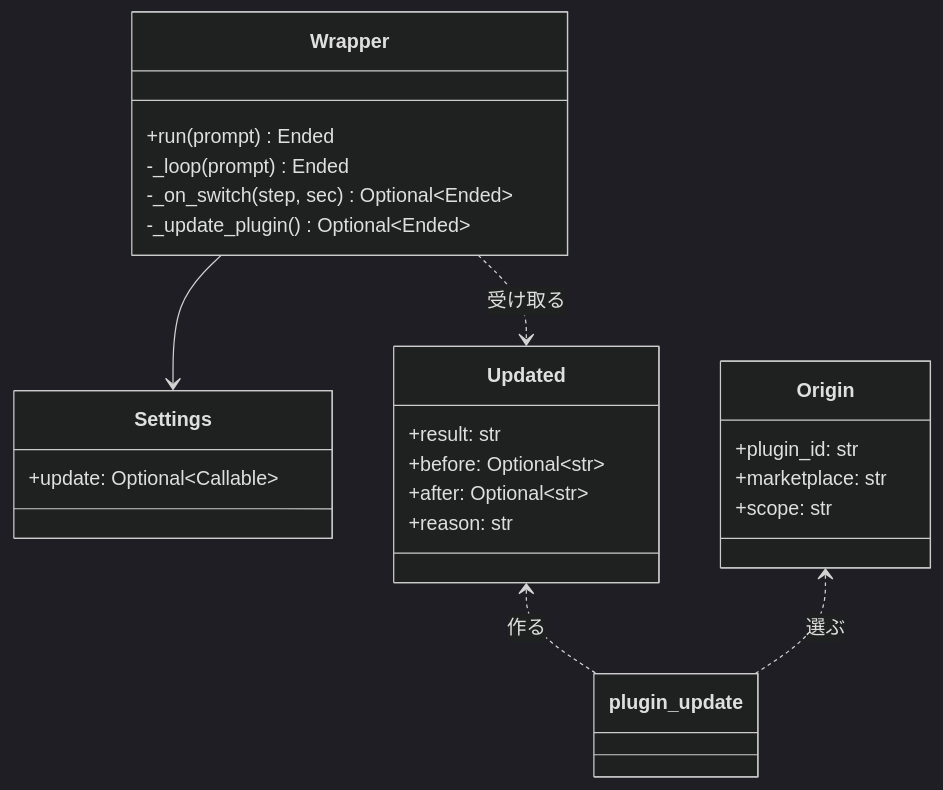
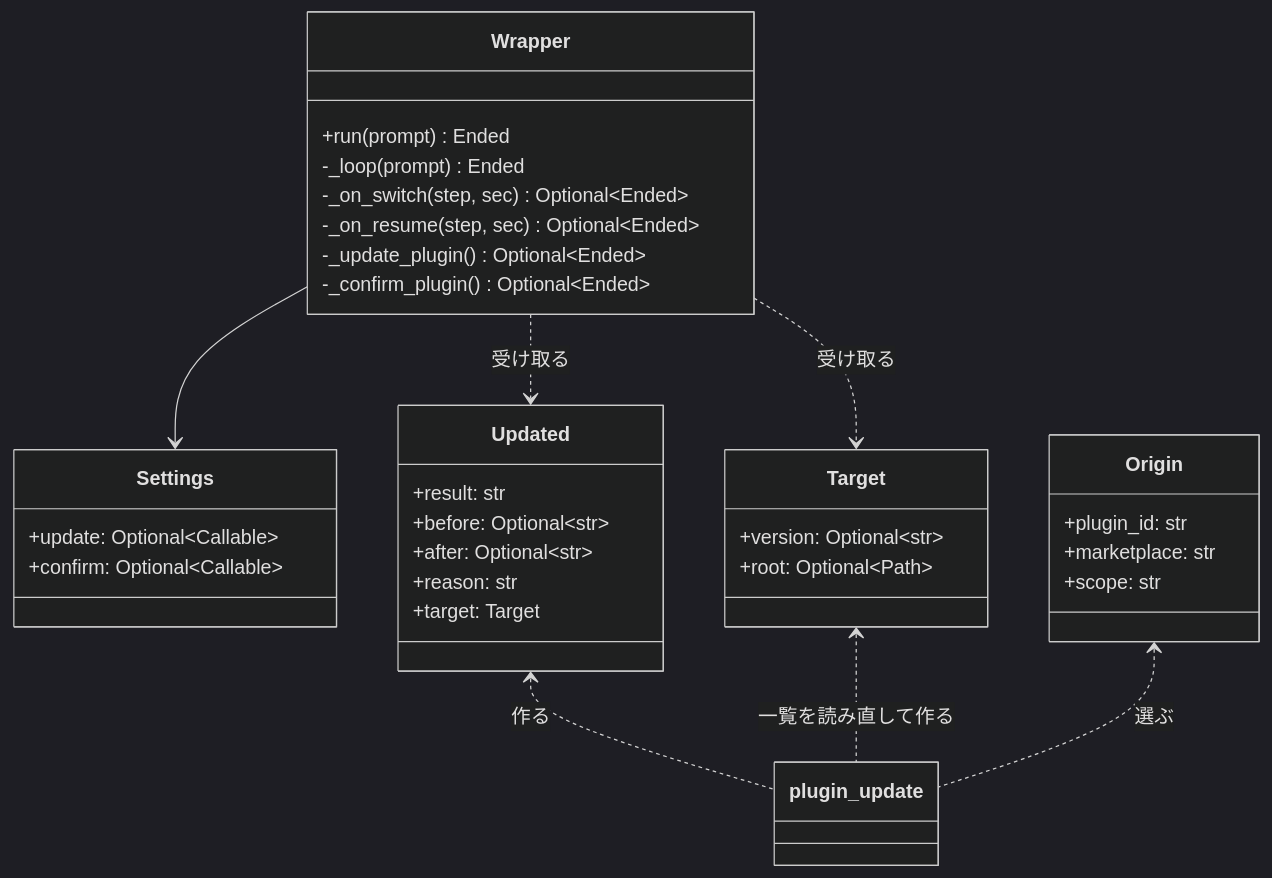
The second of 3 diagrams in issues/issue-3812-design.md (devbasex/ai-plugins), drawn with Mermaid (dark theme) before and after one commit. The commit also changed other lines of this file and 1 other file, not shown here.

````diff
--- a/issues/issue-3812-design.md
+++ b/issues/issue-3812-design.md
@@ -161,27 +162,37 @@
 ```mermaid
 classDiagram
   class Settings {
     +update: Optional~Callable~ 
+    +confirm: Optional~Callable~ 
   }
   class Wrapper {
     +run(prompt) Ended
     -_loop(prompt) Ended
     -_on_switch(step, sec) Optional~Ended~
+    -_on_resume(step, sec) Optional~Ended~
     -_update_plugin() Optional~Ended~
+    -_confirm_plugin() Optional~Ended~
   }
   class Origin {
     +plugin_id: str
     +marketplace: str
     +scope: str
   }
+  class Target {
+    +version: Optional~str~
+    +root: Optional~Path~
+  }
   class Updated {
     +result: str
     +before: Optional~str~
     +after: Optional~str~
     +reason: str
+    +target: Target
   }
   Wrapper --> Settings
   Wrapper ..> Updated : 受け取る
+  Wrapper ..> Target : 受け取る
   Updated <.. plugin_update : 作る
+  Target <.. plugin_update : 一覧を読み直して作る
   Origin <.. plugin_update : 選ぶ
 ```
````
